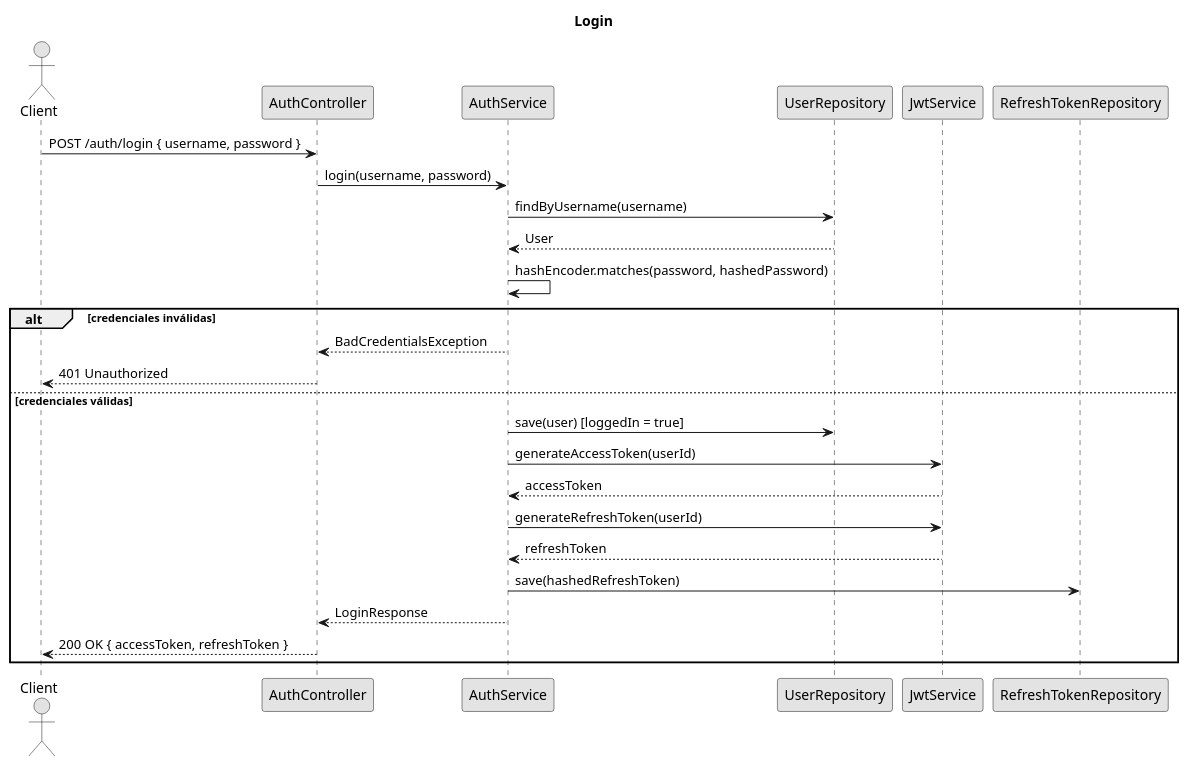
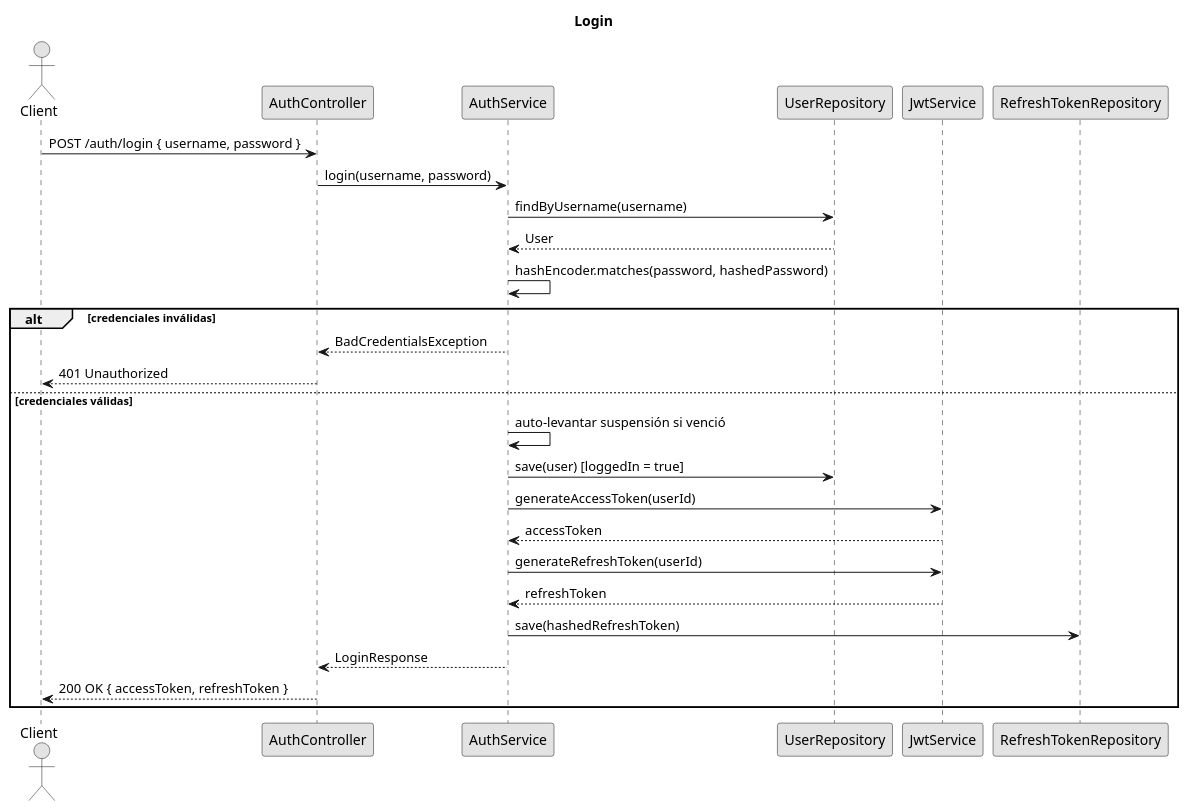
One commit to ryu1uga/2026-1.856.Patronika_Backend changed the second of 5 diagrams in docs/diagrams/SequenceDiagram.puml. Above: the diagram before and after it, drawn with PlantUML. The commit also changed other lines of this file, not shown here.

Commit message:
actualizar diagrama de secuencia

```diff
--- a/docs/diagrams/SequenceDiagram.puml
+++ b/docs/diagrams/SequenceDiagram.puml
@@ -46,34 +46,35 @@
 @startuml Sequence_Login
 skinparam monochrome true
 skinparam shadowing false
 
 title Login
 
 actor Client
 participant AuthController
 participant AuthService
 participant UserRepository
 participant JwtService
 participant RefreshTokenRepository
 
 Client -> AuthController : POST /auth/login { username, password }
 AuthController -> AuthService : login(username, password)
 AuthService -> UserRepository : findByUsername(username)
 UserRepository --> AuthService : User
 AuthService -> AuthService : hashEncoder.matches(password, hashedPassword)
 
 alt credenciales inválidas
     AuthService --> AuthController : BadCredentialsException
     AuthController --> Client : 401 Unauthorized
 else credenciales válidas
+    AuthService -> AuthService : auto-levantar suspensión si venció
     AuthService -> UserRepository : save(user) [loggedIn = true]
     AuthService -> JwtService : generateAccessToken(userId)
     JwtService --> AuthService : accessToken
     AuthService -> JwtService : generateRefreshToken(userId)
     JwtService --> AuthService : refreshToken
     AuthService -> RefreshTokenRepository : save(hashedRefreshToken)
     AuthService --> AuthController : LoginResponse
     AuthController --> Client : 200 OK { accessToken, refreshToken }
 end
 
 @enduml
```
